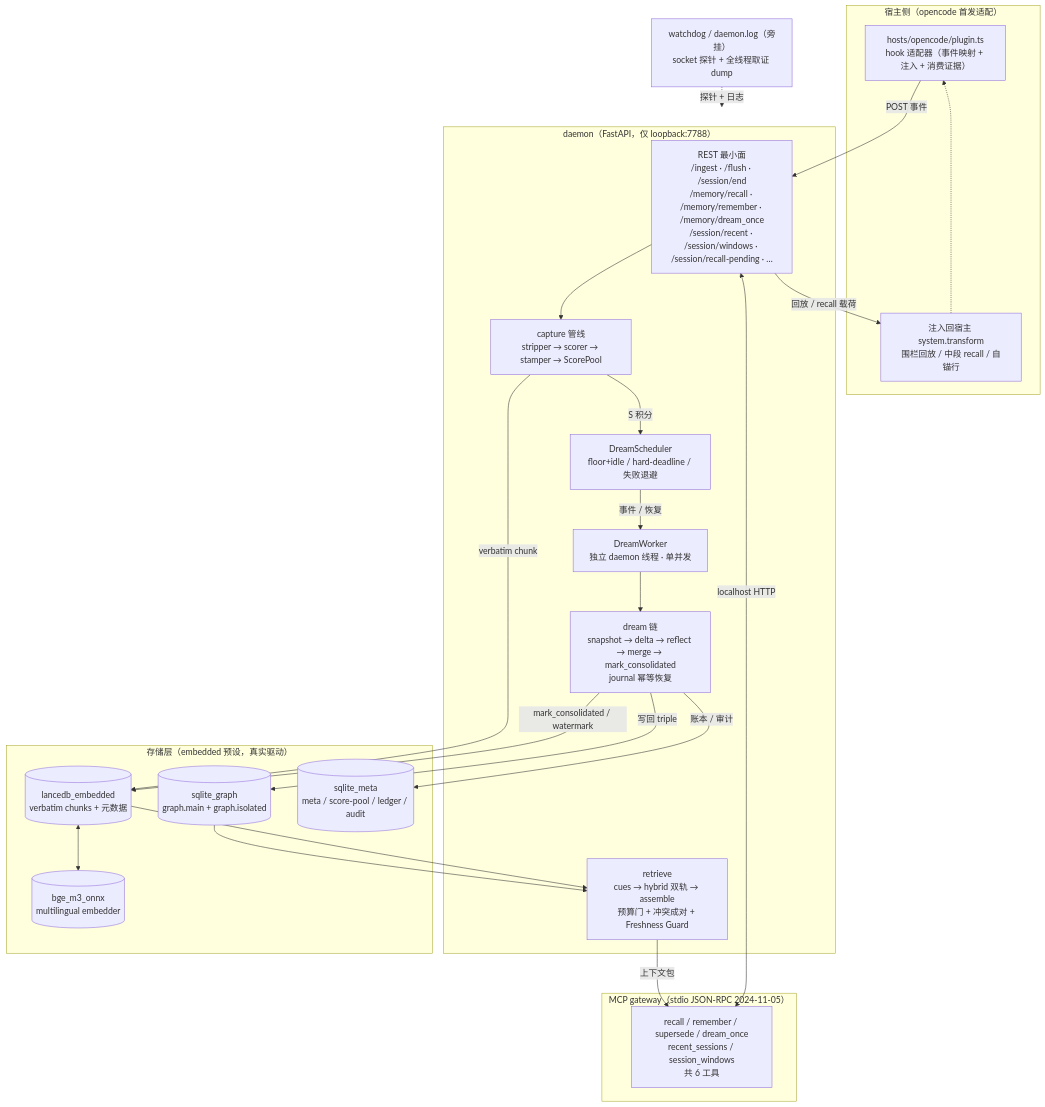
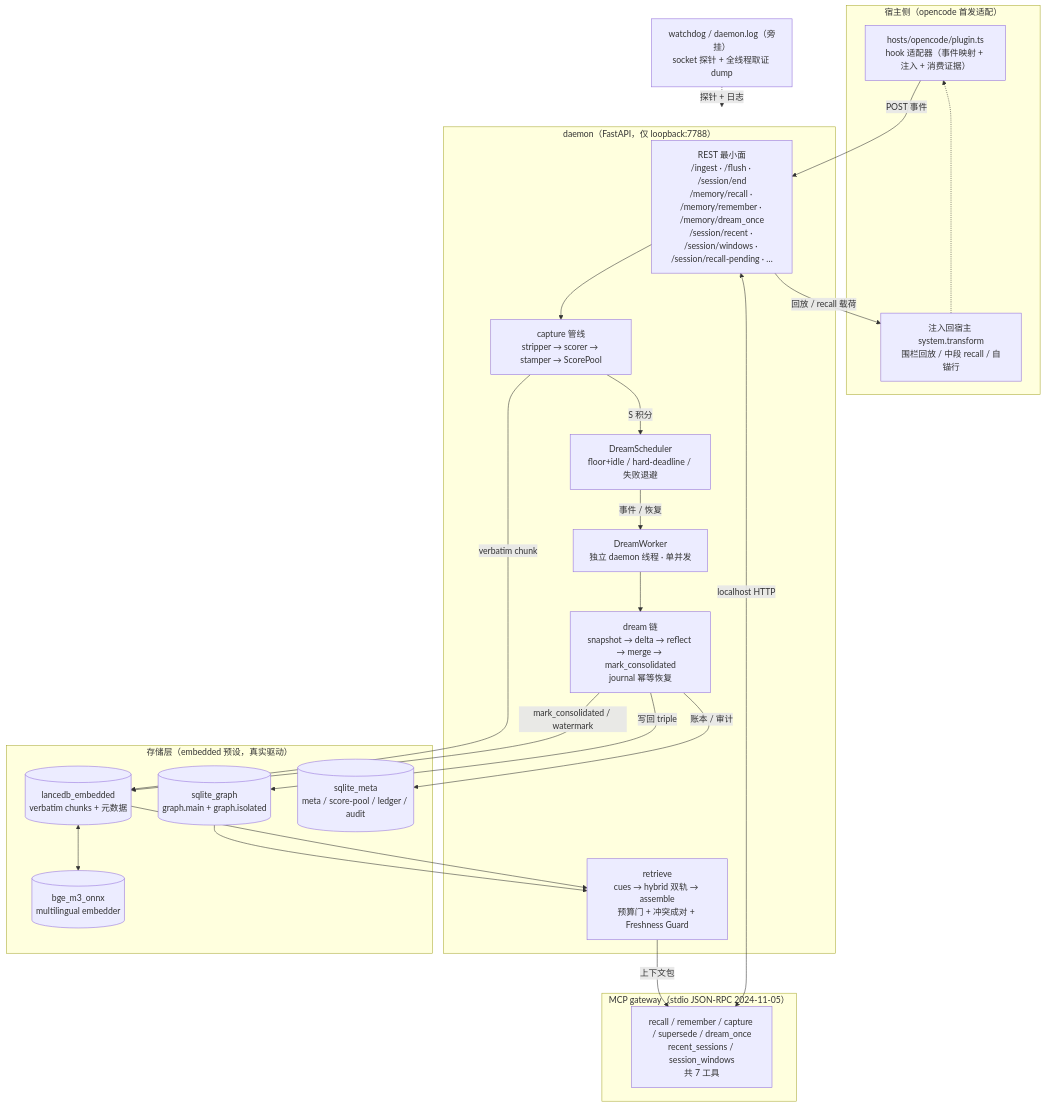
Before and after one commit to MnemoSeed/mnemoseed-local: the second of 2 diagrams in docs/zh/design/00-overview-and-philosophy.md, drawn with Mermaid. The commit also changed other lines of this file and 13 other files, not shown here.

````diff
--- a/docs/zh/design/00-overview-and-philosophy.md
+++ b/docs/zh/design/00-overview-and-philosophy.md
@@ -84,47 +84,47 @@
 ```mermaid
 flowchart TB
     subgraph Host["宿主侧（opencode 首发适配）"]
         H["hosts/opencode/plugin.ts<br/>hook 适配器（事件映射 + 注入 + 消费证据）"]
         INJ["注入回宿主 system.transform<br/>围栏回放 / 中段 recall / 自锚行"]
     end
 
     subgraph Daemon["daemon（FastAPI，仅 loopback:7788）"]
         RST["REST 最小面<br/>/ingest · /flush · /session/end<br/>/memory/recall · /memory/remember · /memory/dream_once<br/>/session/recent · /session/windows · /session/recall-pending · …"]
         CAP["capture 管线<br/>stripper → scorer → stamper → ScorePool"]
         SCD["DreamScheduler<br/>floor+idle / hard-deadline / 失败退避"]
         WK["DreamWorker<br/>独立 daemon 线程 · 单并发"]
         DREAM["dream 链<br/>snapshot → delta → reflect → merge → mark_consolidated<br/>journal 幂等恢复"]
         RET["retrieve<br/>cues → hybrid 双轨 → assemble<br/>预算门 + 冲突成对 + Freshness Guard"]
     end
 
     subgraph Store["存储层（embedded 预设，真实驱动）"]
         LV[("lancedb_embedded<br/>verbatim chunks + 元数据")]
         SG[("sqlite_graph<br/>graph.main + graph.isolated")]
         SM[("sqlite_meta<br/>meta / score-pool / ledger / audit")]
         EM[("bge_m3_onnx<br/>multilingual embedder")]
     end
 
     subgraph MCP["MCP gateway（stdio JSON-RPC 2024-11-05）"]
-        GW["recall / remember / supersede / dream_once<br/>recent_sessions / session_windows<br/>共 6 工具"]
+        GW["recall / remember / capture / supersede / dream_once<br/>recent_sessions / session_windows<br/>共 7 工具"]
     end
 
     WD["watchdog / daemon.log（旁挂）<br/>socket 探针 + 全线程取证 dump"]
 
     H -->|"POST 事件"| RST
     RST --> CAP
     CAP -->|"S 积分"| SCD
     SCD -->|"事件 / 恢复"| WK
     WK --> DREAM
     CAP -->|"verbatim chunk"| LV
     DREAM -->|"写回 triple"| SG
     DREAM -->|"mark_consolidated / watermark"| LV
     DREAM -->|"账本 / 审计"| SM
     LV <--> EM
     SG --> RET
     LV --> RET
     RET -->|"上下文包"| GW
     GW <-->|"localhost HTTP"| RST
     RST -->|"回放 / recall 载荷"| INJ
     INJ -.-> H
     WD -.->|"探针 + 日志"| Daemon
 ```
````
